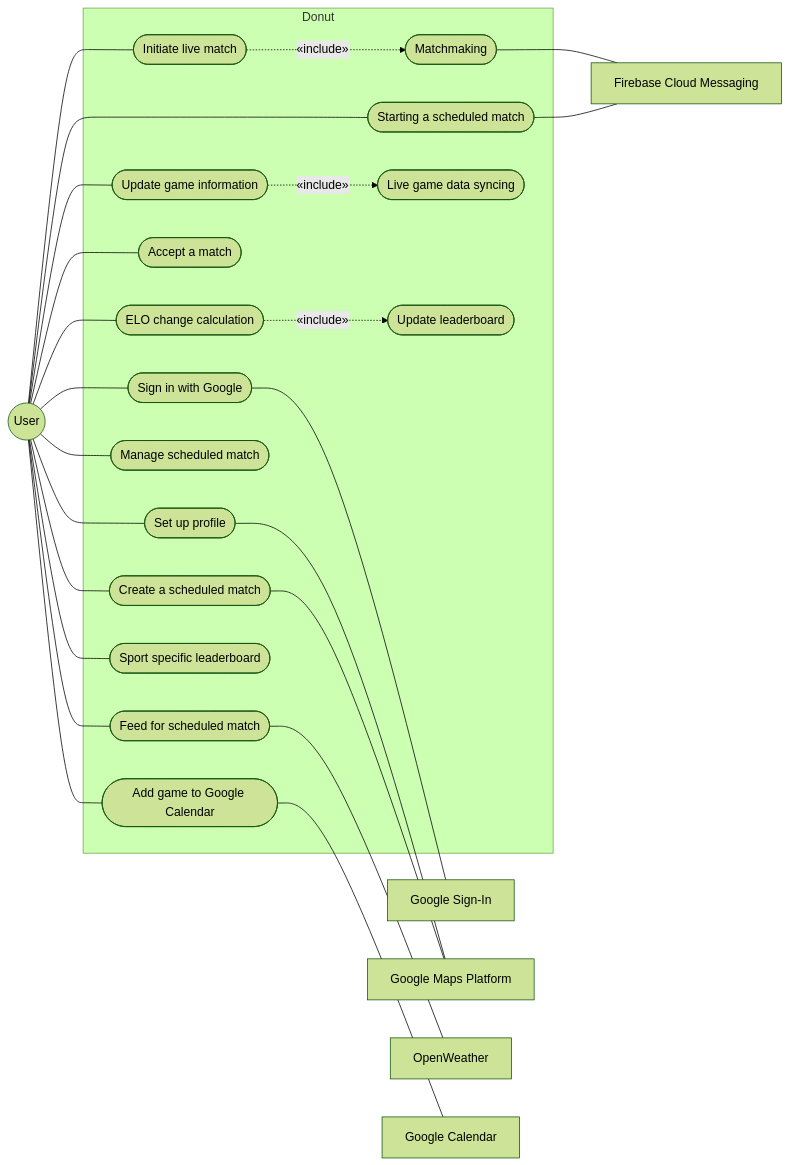
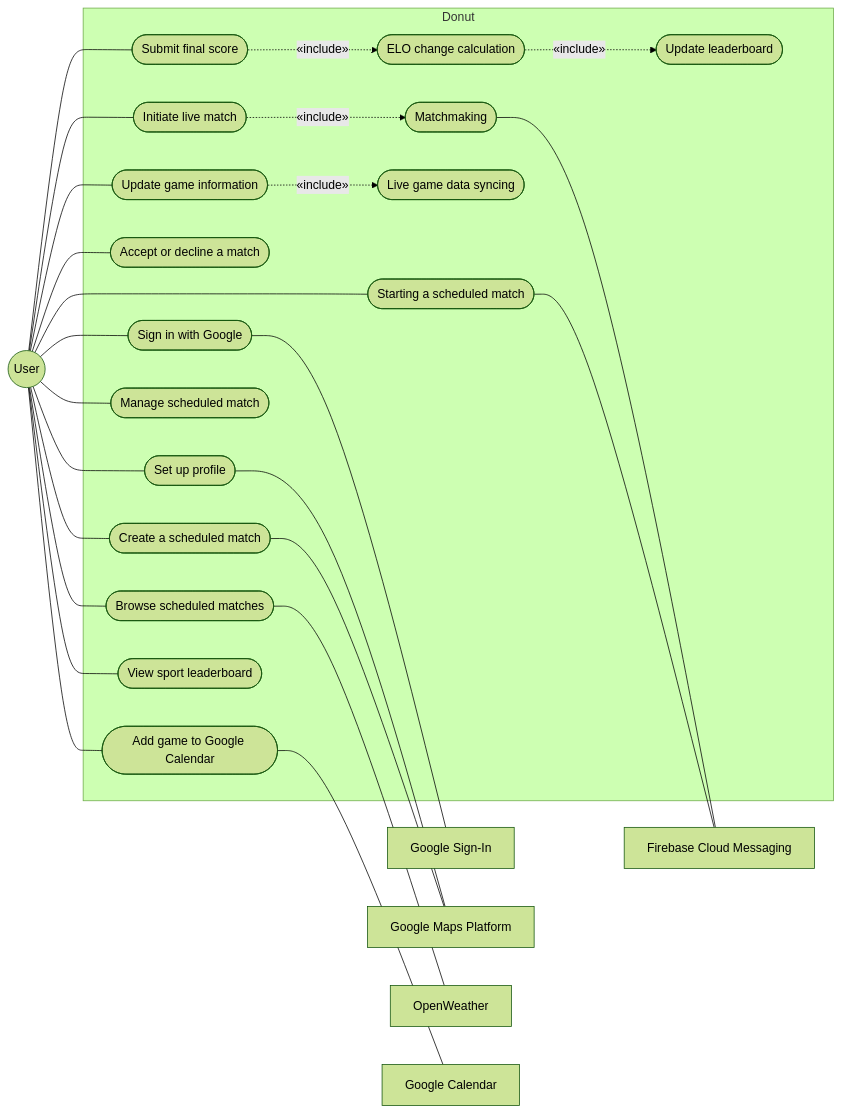
One commit to donut-cpen321/donut changed the first of 7 diagrams in documentation/Requirements_and_Design.md. Above: the diagram before and after it, drawn with Mermaid (forest theme). The commit also changed other lines of this file, not shown here.

````diff
--- a/documentation/Requirements_and_Design.md
+++ b/documentation/Requirements_and_Design.md
@@ -58,42 +49,44 @@
 ```mermaid
 flowchart LR
     user((User))
 
     subgraph Donut
         uc1([Sign in with Google])
         uc2([Set up profile])
         uc3([Initiate live match])
         uc4([Matchmaking])
-        uc5([Accept a match])
+        uc5([Accept or decline a match])
         uc6([Create a scheduled match])
-        uc7([Feed for scheduled match])
+        uc7([Browse scheduled matches])
         uc8([Manage scheduled match])
         uc9([Add game to Google Calendar])
         uc10([Starting a scheduled match])
         uc11([Update game information])
         uc12([Live game data syncing])
-        uc13([Sport specific leaderboard])
+        uc13([Submit final score])
         uc14([ELO change calculation])
         uc15([Update leaderboard])
+        uc16([View sport leaderboard])
     end
 
     gsi[Google Sign-In]
     maps[Google Maps Platform]
     fcm[Firebase Cloud Messaging]
     weather[OpenWeather]
     cal[Google Calendar]
 
-    user --- uc1 & uc2 & uc3 & uc5 & uc6 & uc7 & uc8 & uc9 & uc10 & uc11 & uc13 & uc14
+    user --- uc1 & uc2 & uc3 & uc5 & uc6 & uc7 & uc8 & uc9 & uc10 & uc11 & uc13 & uc16
 
     uc3 -.->|«include»| uc4
     uc11 -.->|«include»| uc12
+    uc13 -.->|«include»| uc14
     uc14 -.->|«include»| uc15
 
     uc1 --- gsi
     uc2 --- maps
     uc6 --- maps
     uc4 --- fcm
     uc10 --- fcm
     uc7 --- weather
     uc9 --- cal
 ```
````
